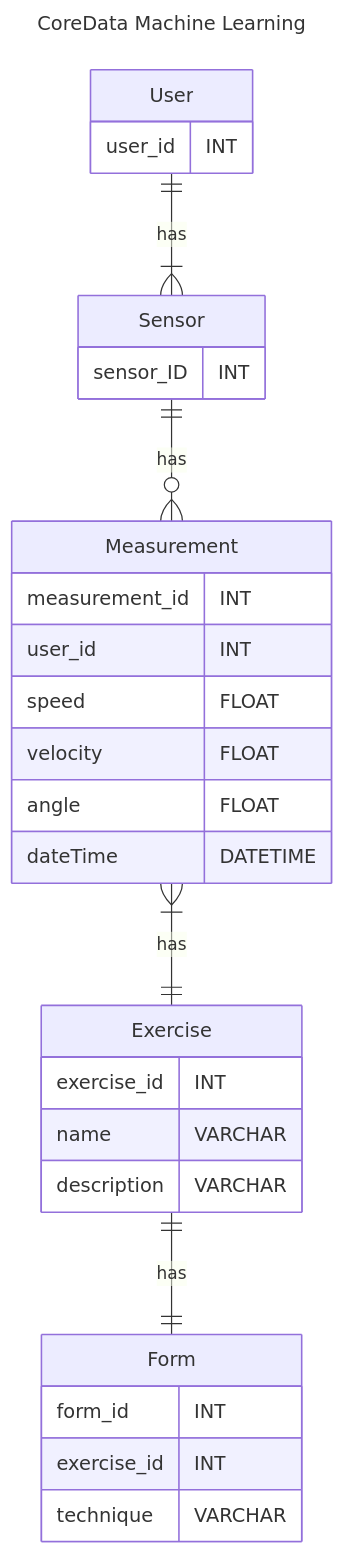
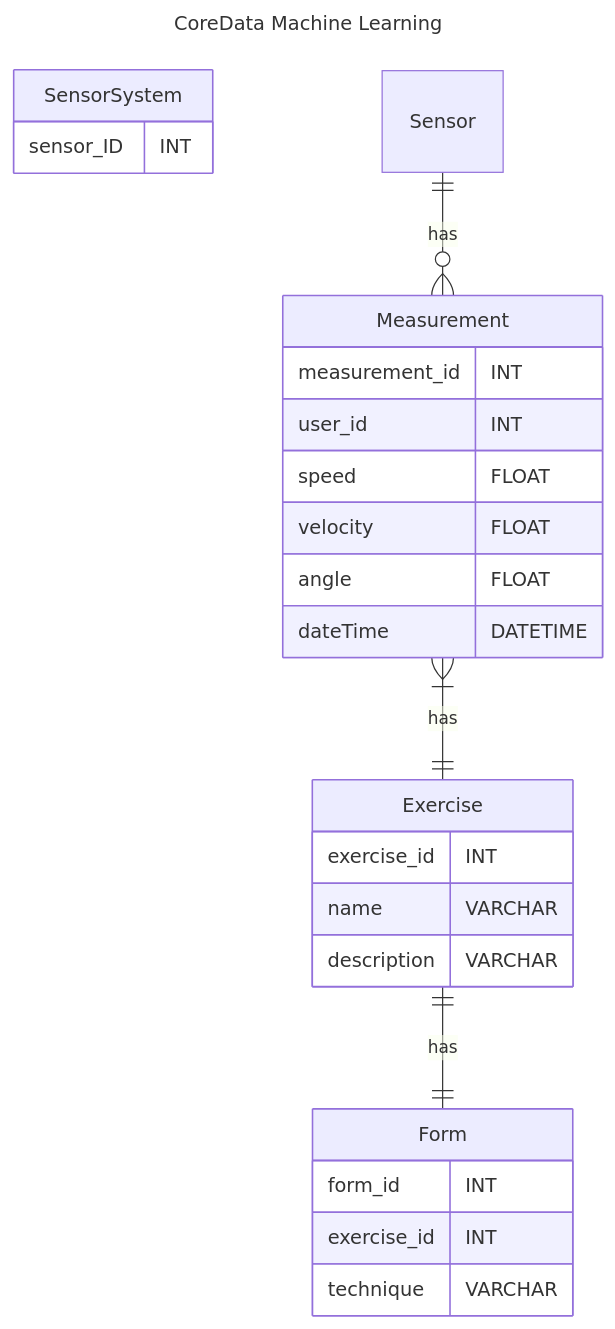
Before and after one commit to Capstone-Projects-2024-Spring/project-smartweights: the fourth of 4 diagrams in documentation/docs/system-architecture/database-diagrams.md, drawn with Mermaid. The commit also changed other lines of this file, not shown here.

````diff
--- a/documentation/docs/system-architecture/database-diagrams.md
+++ b/documentation/docs/system-architecture/database-diagrams.md
@@ -173,36 +173,33 @@
 ```mermaid
 ---
 title: CoreData Machine Learning 
 ---
 
 erDiagram
-    User {
-        user_id INT
-    }
-    Sensor{
+    SensorSystem{
         sensor_ID INT
     }
     Measurement {
         measurement_id INT
         user_id INT
         speed FLOAT
         velocity FLOAT
         angle FLOAT
         dateTime DATETIME
     }
     Exercise {
         exercise_id INT
         name VARCHAR
         description VARCHAR
     }
     Form {
         form_id INT
         exercise_id INT
         technique VARCHAR
     }
-    User ||--|{ Sensor : has
+    
     Sensor ||--o{ Measurement: has
     Measurement }|--|| Exercise : has
     Exercise ||--|| Form : has
 
 ```
````
